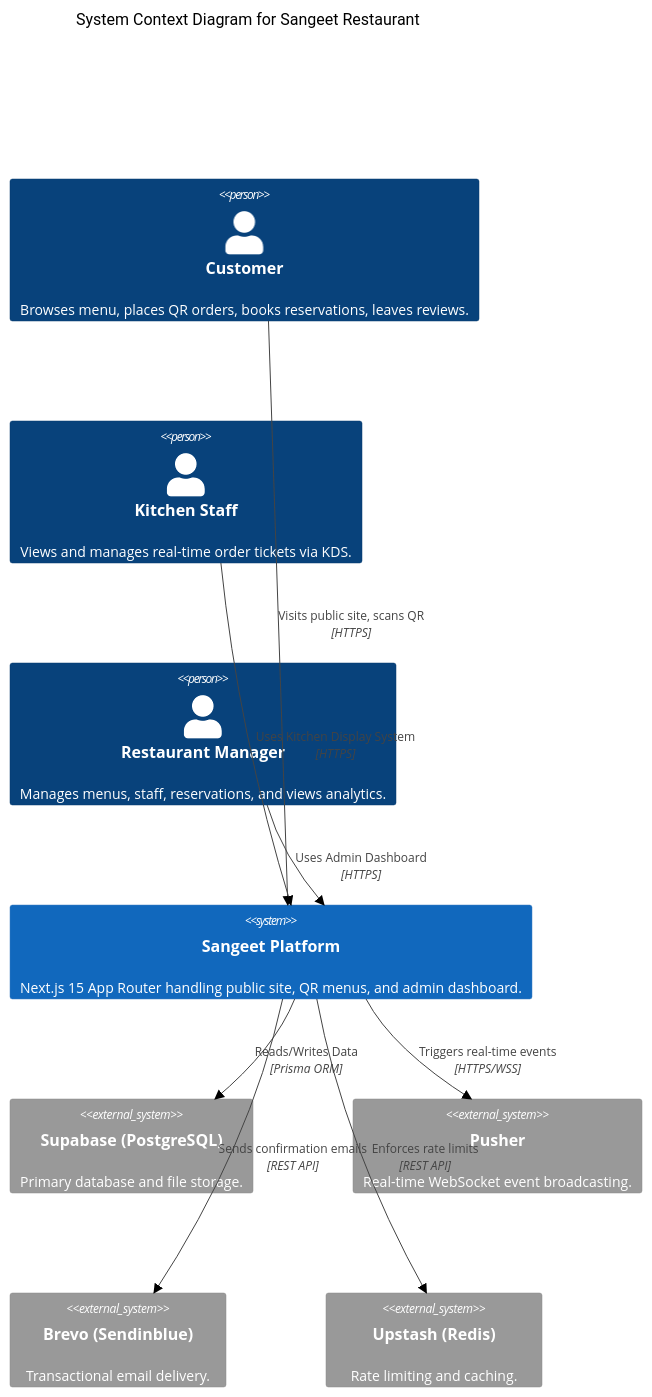
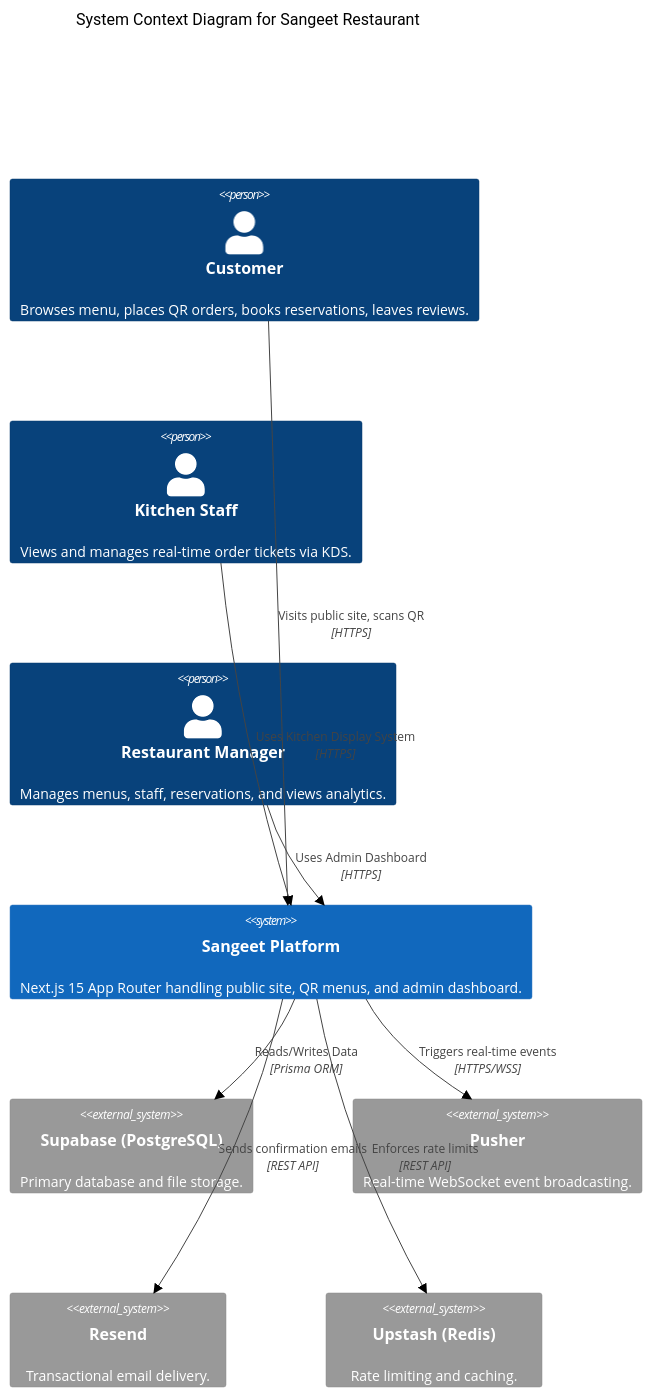
One commit to yaman786/sangeet-restaurant-website changed the first of 2 diagrams in ARCHITECTURE.md. Above: the diagram before and after it, drawn with Mermaid (forest theme). The commit also changed 3 other files, not shown here.

Commit message:
docs(email): remove leftover Brevo references and standardize on Resend

````diff
--- a/ARCHITECTURE.md
+++ b/ARCHITECTURE.md
@@ -9,24 +9,24 @@
 ```mermaid
 C4Context
   title System Context Diagram for Sangeet Restaurant
 
   Person(customer, "Customer", "Browses menu, places QR orders, books reservations, leaves reviews.")
   Person(kitchen, "Kitchen Staff", "Views and manages real-time order tickets via KDS.")
   Person(admin, "Restaurant Manager", "Manages menus, staff, reservations, and views analytics.")
 
   System(sangeet, "Sangeet Platform", "Next.js 15 App Router handling public site, QR menus, and admin dashboard.")
   
   System_Ext(supabase, "Supabase (PostgreSQL)", "Primary database and file storage.")
   System_Ext(pusher, "Pusher", "Real-time WebSocket event broadcasting.")
-  System_Ext(brevo, "Brevo (Sendinblue)", "Transactional email delivery.")
+  System_Ext(resend, "Resend", "Transactional email delivery.")
   System_Ext(upstash, "Upstash (Redis)", "Rate limiting and caching.")
 
   Rel(customer, sangeet, "Visits public site, scans QR", "HTTPS")
   Rel(kitchen, sangeet, "Uses Kitchen Display System", "HTTPS")
   Rel(admin, sangeet, "Uses Admin Dashboard", "HTTPS")
 
   Rel(sangeet, supabase, "Reads/Writes Data", "Prisma ORM")
   Rel(sangeet, pusher, "Triggers real-time events", "HTTPS/WSS")
-  Rel(sangeet, brevo, "Sends confirmation emails", "REST API")
+  Rel(sangeet, resend, "Sends confirmation emails", "REST API")
   Rel(sangeet, upstash, "Enforces rate limits", "REST API")
 ```
````
